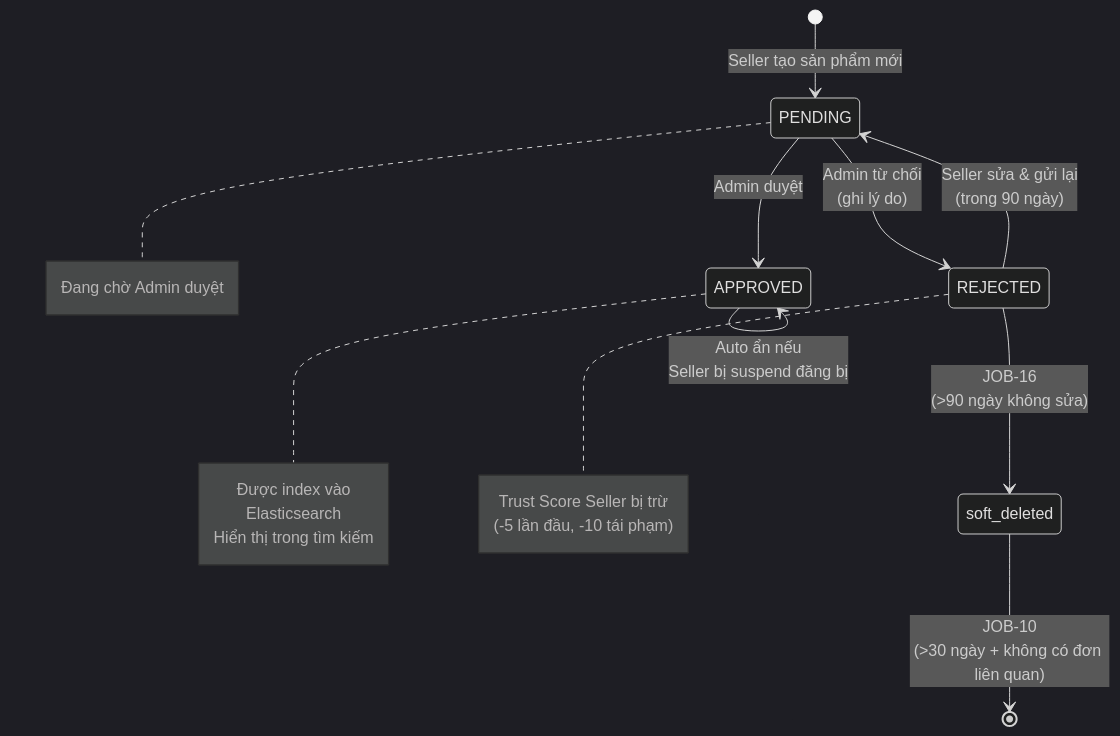
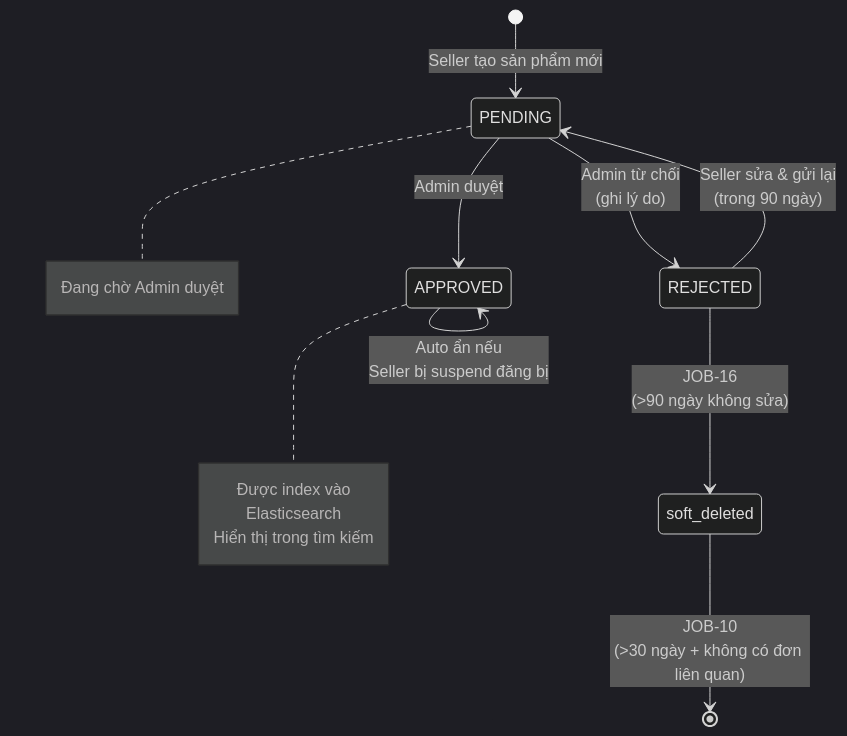
One commit to ldqanh1408/stealing-from-paradise changed the sixth of 18 diagrams in docs/07_BUSINESS_FLOWS.md. Above: the diagram before and after it, drawn with Mermaid (dark theme). The commit also changed other lines of this file and 52 other files, not shown here.

Commit message:
refactor: remove Trust Score related entities and references from codebase

````diff
--- a/docs/07_BUSINESS_FLOWS.md
+++ b/docs/07_BUSINESS_FLOWS.md
@@ -207,20 +202,19 @@
 ```mermaid
 stateDiagram-v2
     [*] --> PENDING: Seller tạo sản phẩm mới
 
     PENDING --> APPROVED: Admin duyệt
     PENDING --> REJECTED: Admin từ chối<br>(ghi lý do)
 
     REJECTED --> PENDING: Seller sửa & gửi lại<br>(trong 90 ngày)
     REJECTED --> soft_deleted: JOB-16<br>(>90 ngày không sửa)
 
     soft_deleted --> [*]: JOB-10<br>(>30 ngày + không có đơn liên quan)
 
     APPROVED --> APPROVED: Seller cập nhật<br>(gửi lại duyệt)
 
     APPROVED --> APPROVED: Auto ẩn nếu<br>Seller bị suspend đăng bị
 
     note right of APPROVED: Được index vào<br>Elasticsearch<br>Hiển thị trong tìm kiếm
-    note right of REJECTED: Trust Score Seller bị trừ<br>(-5 lần đầu, -10 tái phạm)
     note right of PENDING: Đang chờ Admin duyệt
 ```
````
